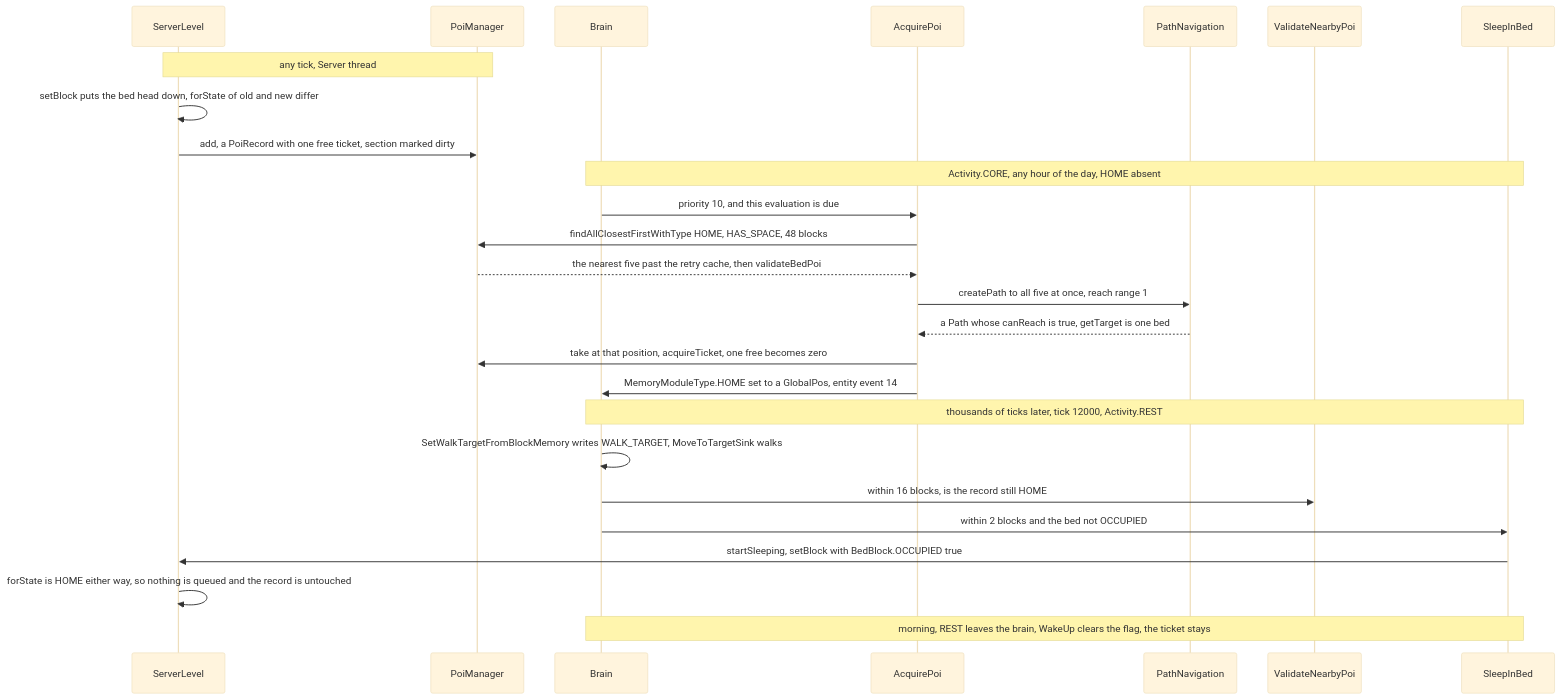
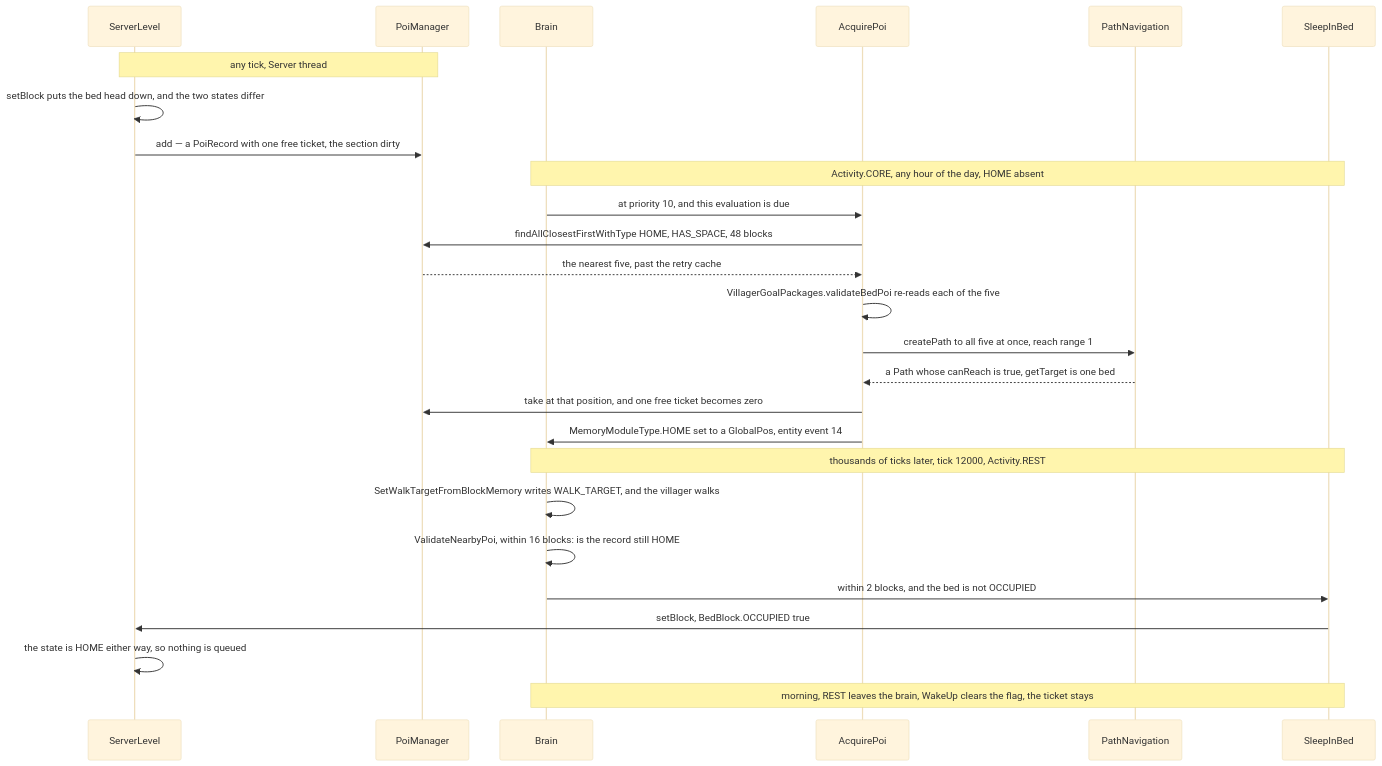
The second of 2 diagrams in src/systems/world/points-of-interest.md (AlexanderjFraser/MinecraftDocs), drawn with Mermaid (base theme) before and after one commit. The commit also changed other lines of this file and 22 other files, not shown here.

````diff
--- a/src/systems/world/points-of-interest.md
+++ b/src/systems/world/points-of-interest.md
@@ -177,29 +185,29 @@
 ```mermaid
 sequenceDiagram
     participant SL as ServerLevel
     participant PM as PoiManager
     participant Brain as Brain
     participant AP as AcquirePoi
     participant PN as PathNavigation
-    participant VNP as ValidateNearbyPoi
     participant SIB as SleepInBed
 
     Note over SL,PM: any tick, Server thread
-    SL->>SL: setBlock puts the bed head down, forState of old and new differ
-    SL->>PM: add, a PoiRecord with one free ticket, section marked dirty
+    SL->>SL: setBlock puts the bed head down, and the two states differ
+    SL->>PM: add — a PoiRecord with one free ticket, the section dirty
     Note over Brain,SIB: Activity.CORE, any hour of the day, HOME absent
-    Brain->>AP: priority 10, and this evaluation is due
+    Brain->>AP: at priority 10, and this evaluation is due
     AP->>PM: findAllClosestFirstWithType HOME, HAS_SPACE, 48 blocks
-    PM-->>AP: the nearest five past the retry cache, then validateBedPoi
+    PM-->>AP: the nearest five, past the retry cache
+    AP->>AP: VillagerGoalPackages.validateBedPoi re-reads each of the five
     AP->>PN: createPath to all five at once, reach range 1
     PN-->>AP: a Path whose canReach is true, getTarget is one bed
-    AP->>PM: take at that position, acquireTicket, one free becomes zero
+    AP->>PM: take at that position, and one free ticket becomes zero
     AP->>Brain: MemoryModuleType.HOME set to a GlobalPos, entity event 14
     Note over Brain,SIB: thousands of ticks later, tick 12000, Activity.REST
-    Brain->>Brain: SetWalkTargetFromBlockMemory writes WALK_TARGET, MoveToTargetSink walks
-    Brain->>VNP: within 16 blocks, is the record still HOME
-    Brain->>SIB: within 2 blocks and the bed not OCCUPIED
-    SIB->>SL: startSleeping, setBlock with BedBlock.OCCUPIED true
-    SL->>SL: forState is HOME either way, so nothing is queued and the record is untouched
+    Brain->>Brain: SetWalkTargetFromBlockMemory writes WALK_TARGET, and the villager walks
+    Brain->>Brain: ValidateNearbyPoi, within 16 blocks: is the record still HOME
+    Brain->>SIB: within 2 blocks, and the bed is not OCCUPIED
+    SIB->>SL: setBlock, BedBlock.OCCUPIED true
+    SL->>SL: the state is HOME either way, so nothing is queued
     Note over Brain,SIB: morning, REST leaves the brain, WakeUp clears the flag, the ticket stays
 ```
````
